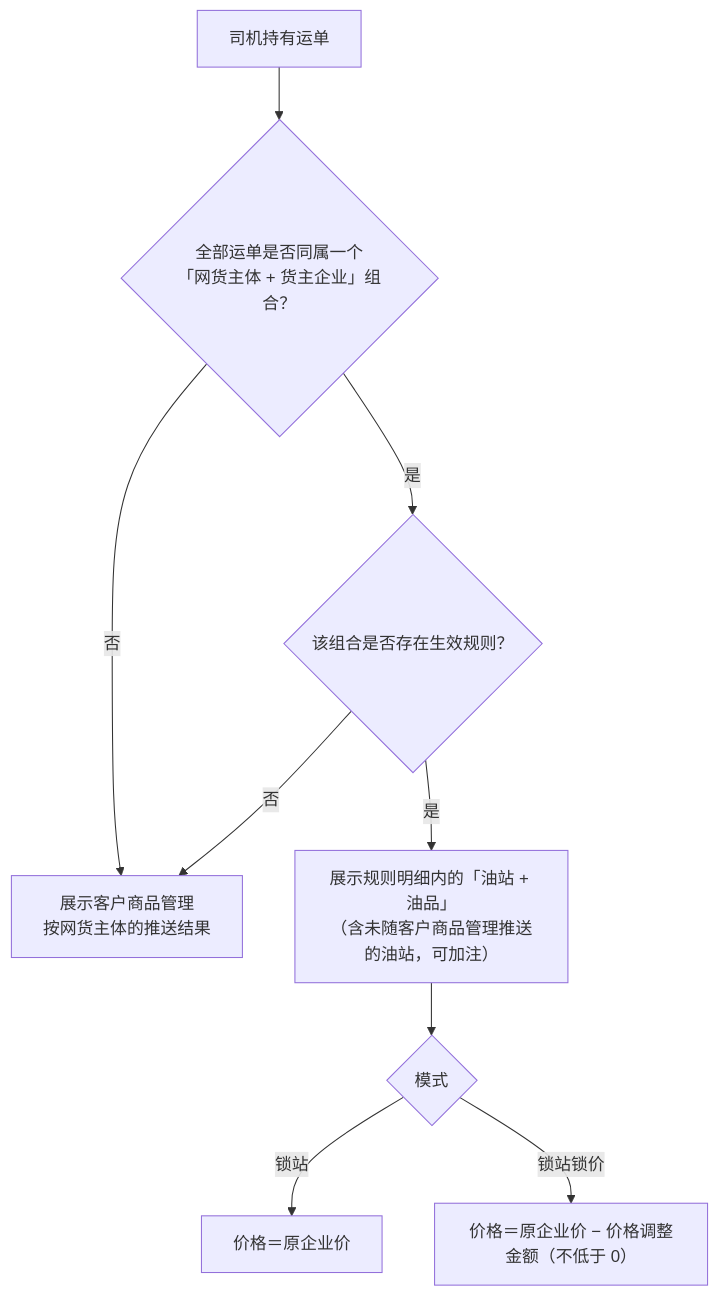
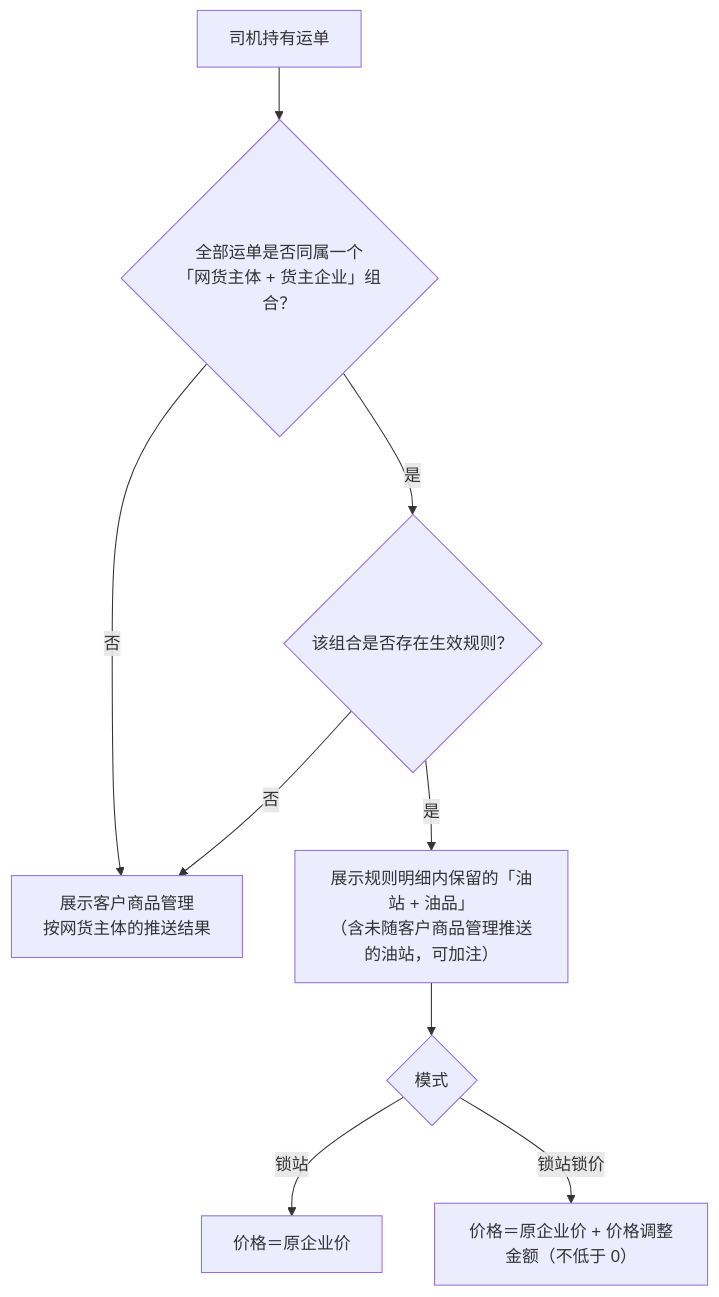
One commit to Zsmboom/matching-order-prototype changed the diagram in _wb_drv.mmd. Above: the diagram before and after it, drawn with Mermaid. The commit also changed 17 other files, not shown here.

```diff
--- a/_wb_drv.mmd
+++ b/_wb_drv.mmd
@@ -1,9 +1,9 @@
 flowchart TD
   A["司机持有运单"] --> B{"全部运单是否同属一个<br/>「网货主体 + 货主企业」组合？"}
   B -->|否| C["展示客户商品管理<br/>按网货主体的推送结果"]
   B -->|是| D{"该组合是否存在生效规则？"}
   D -->|否| C
-  D -->|是| E["展示规则明细内的「油站 + 油品」<br/>（含未随客户商品管理推送的油站，可加注）"]
+  D -->|是| E["展示规则明细内保留的「油站 + 油品」<br/>（含未随客户商品管理推送的油站，可加注）"]
   E --> F{"模式"}
   F -->|锁站| G["价格＝原企业价"]
-  F -->|锁站锁价| H["价格＝原企业价 − 价格调整金额（不低于 0）"]
+  F -->|锁站锁价| H["价格＝原企业价 + 价格调整金额（不低于 0）"]
```
